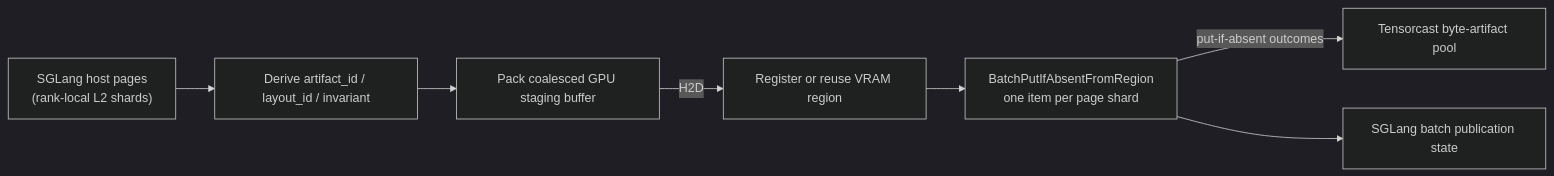
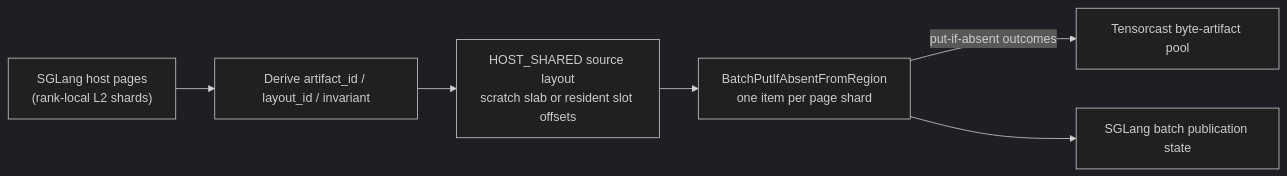
Before and after one commit to tensorcast-ai/sglang: the seventh of 24 diagrams in docs/tensorcast/tensorcast_kv_integration.md, drawn with Mermaid (dark theme). The commit also changed other lines of this file and 19 other files, not shown here.

First line of the commit message:
feat: add allocator-backed HOST_SHARED Tensorcast HiCache residency (Phase B)

````diff
--- a/docs/tensorcast/tensorcast_kv_integration.md
+++ b/docs/tensorcast/tensorcast_kv_integration.md
@@ -625,17 +621,15 @@
 ```mermaid
 flowchart LR
     A["SGLang host pages<br/>(rank-local L2 shards)"]
     B["Derive artifact_id / layout_id / invariant"]
-    C["Pack coalesced GPU staging buffer"]
-    D["Register or reuse VRAM region"]
-    E["BatchPutIfAbsentFromRegion<br/>one item per page shard"]
-    F["Tensorcast byte-artifact pool"]
-    G["SGLang batch publication state"]
+    C["HOST_SHARED source layout<br/>scratch slab or resident slot offsets"]
+    D["BatchPutIfAbsentFromRegion<br/>one item per page shard"]
+    E["Tensorcast byte-artifact pool"]
+    F["SGLang batch publication state"]
 
     A --> B
     B --> C
-    C -->|"H2D"| D
-    D --> E
-    E -->|"put-if-absent outcomes"| F
-    E --> G
+    C --> D
+    D -->|"put-if-absent outcomes"| E
+    D --> F
 ```
````
